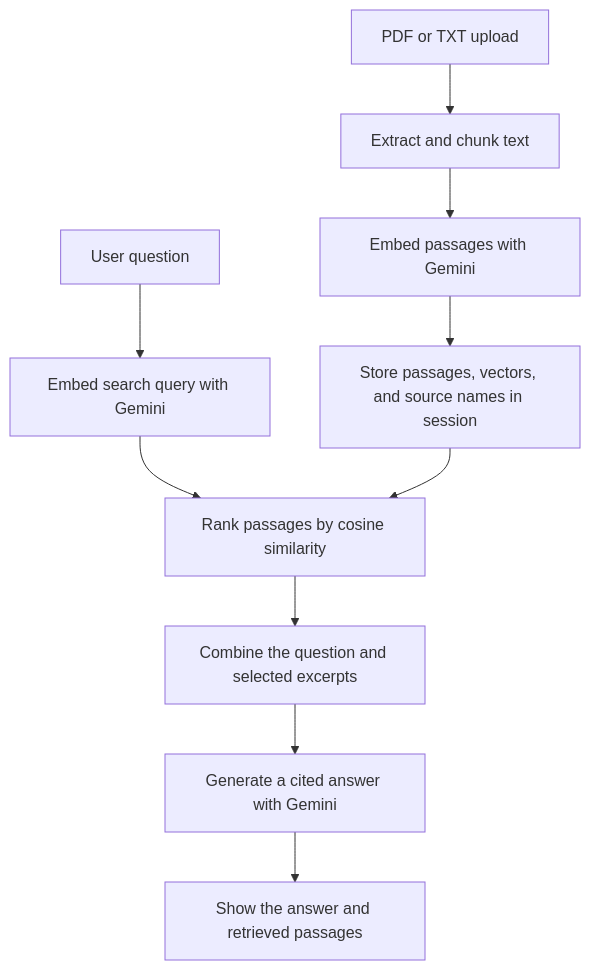
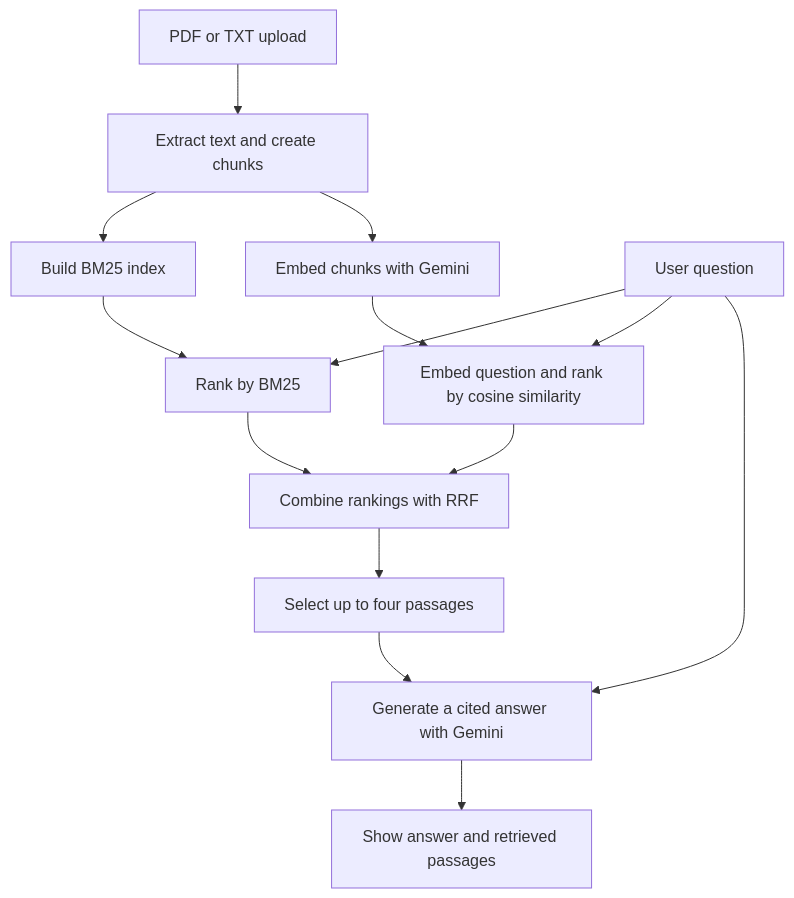
The diagram in README.md (mereymouafi/Document-Q-A-Assistant), drawn with Mermaid before and after one commit. The commit also changed other lines of this file, not shown here.

Commit message:
Document hybrid search and cited Gemini answers

````diff
--- a/README.md
+++ b/README.md
@@ -26,12 +26,18 @@
 ```mermaid
 flowchart TD
-    Upload["PDF or TXT upload"] --> Extract["Extract and chunk text"]
-    Extract --> Embed["Embed passages with Gemini"]
-    Embed --> Index["Store passages, vectors, and source names in session"]
-    Question["User question"] --> Query["Embed search query with Gemini"]
-    Query --> Rank["Rank passages by cosine similarity"]
-    Index --> Rank
-    Rank --> Prompt["Combine the question and selected excerpts"]
-    Prompt --> Generate["Generate a cited answer with Gemini"]
-    Generate --> Display["Show the answer and retrieved passages"]
+    Upload["PDF or TXT upload"] --> Chunk["Extract text and create chunks"]
+    Chunk --> BMIndex["Build BM25 index"]
+    Chunk --> Embeddings["Embed chunks with Gemini"]
+
+    Question["User question"] --> Keyword["Rank by BM25"]
+    Question --> Semantic["Embed question and rank by cosine similarity"]
+    BMIndex --> Keyword
+    Embeddings --> Semantic
+
+    Keyword --> Fusion["Combine rankings with RRF"]
+    Semantic --> Fusion
+    Fusion --> Select["Select up to four passages"]
+    Select --> Generate["Generate a cited answer with Gemini"]
+    Question --> Generate
+    Generate --> Display["Show answer and retrieved passages"]
 ```
````
